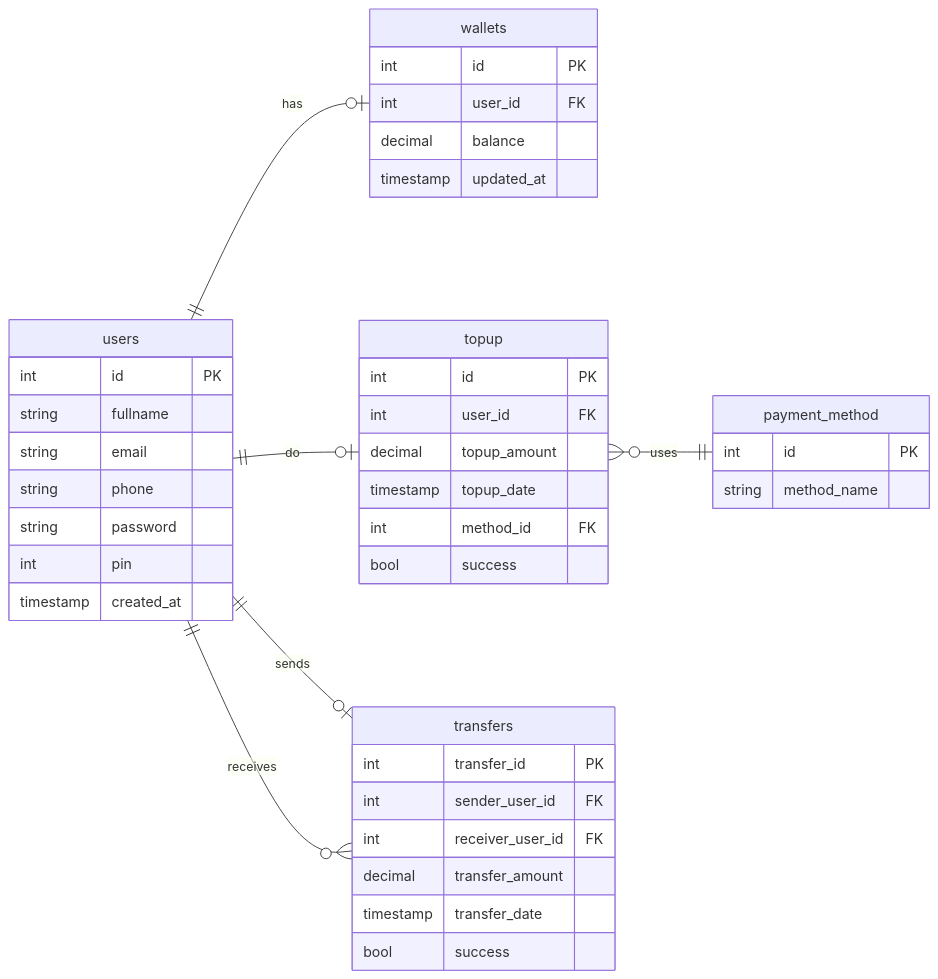
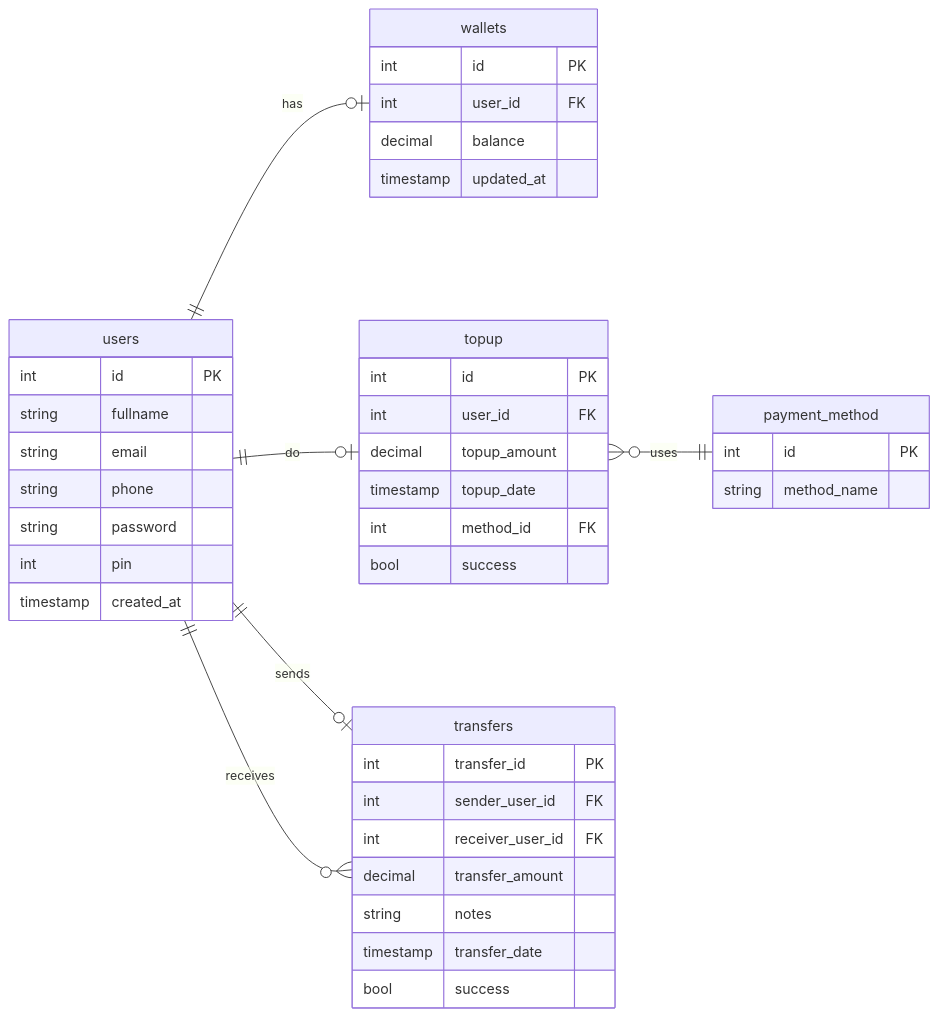
The diagram in README.md (VsalCode/fgo24-be-weeklytask), drawn with Mermaid before and after one commit. The commit also changed 5 other files, not shown here.

Commit message:
feat: add transfer functionality with notes and update erd & database schema

````diff
--- a/README.md
+++ b/README.md
@@ -5,50 +5,51 @@
   ```mermaid
 erDiagram
   direction LR
 
   users {
       int id PK
       string fullname
       string email
       string phone
       string password
       int pin
       timestamp created_at
   }
 
   wallets {
       int id PK
       int user_id FK
       decimal balance
       timestamp updated_at
   }
 
   topup {
       int id PK
       int user_id FK
       decimal topup_amount
       timestamp topup_date
       int method_id FK
       bool success
   }
 
   payment_method {
       int id PK
       string method_name
   }
 
   transfers {
       int transfer_id PK
       int sender_user_id FK
       int receiver_user_id FK
       decimal transfer_amount
+      string notes
       timestamp transfer_date
       bool success
   }
 
   users ||--o| wallets: has
   users ||--o| topup: "do"
   topup }o--|| payment_method: "uses"
   users ||--o| transfers: "sends"
   users ||--o{ transfers: "receives"
   ```
````
